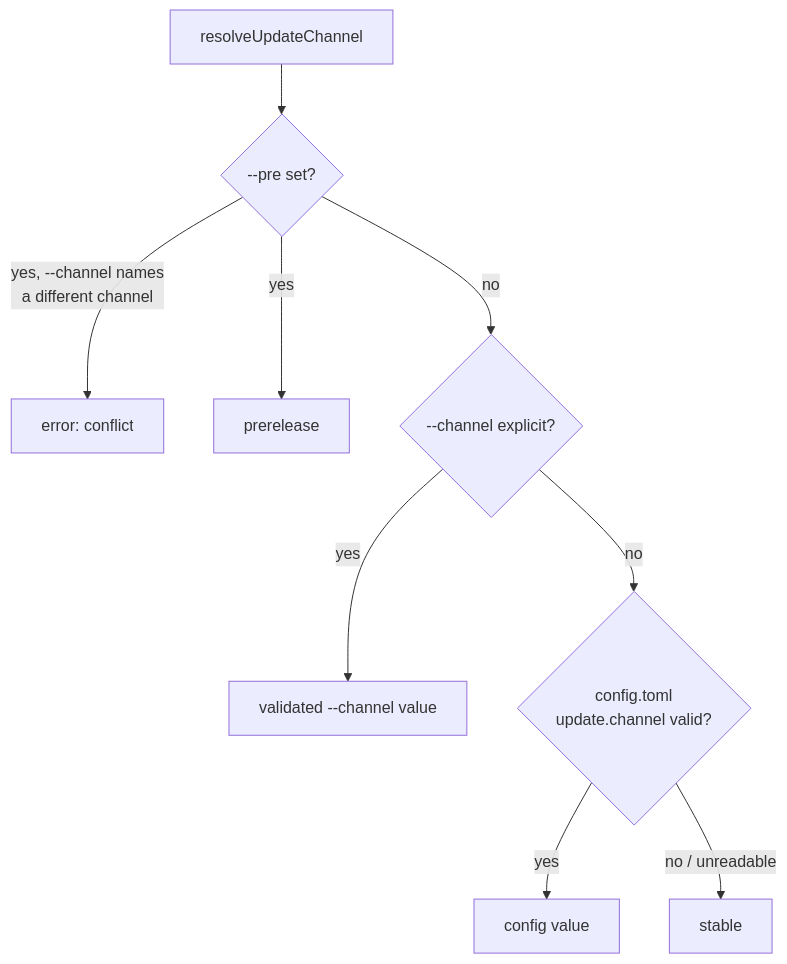
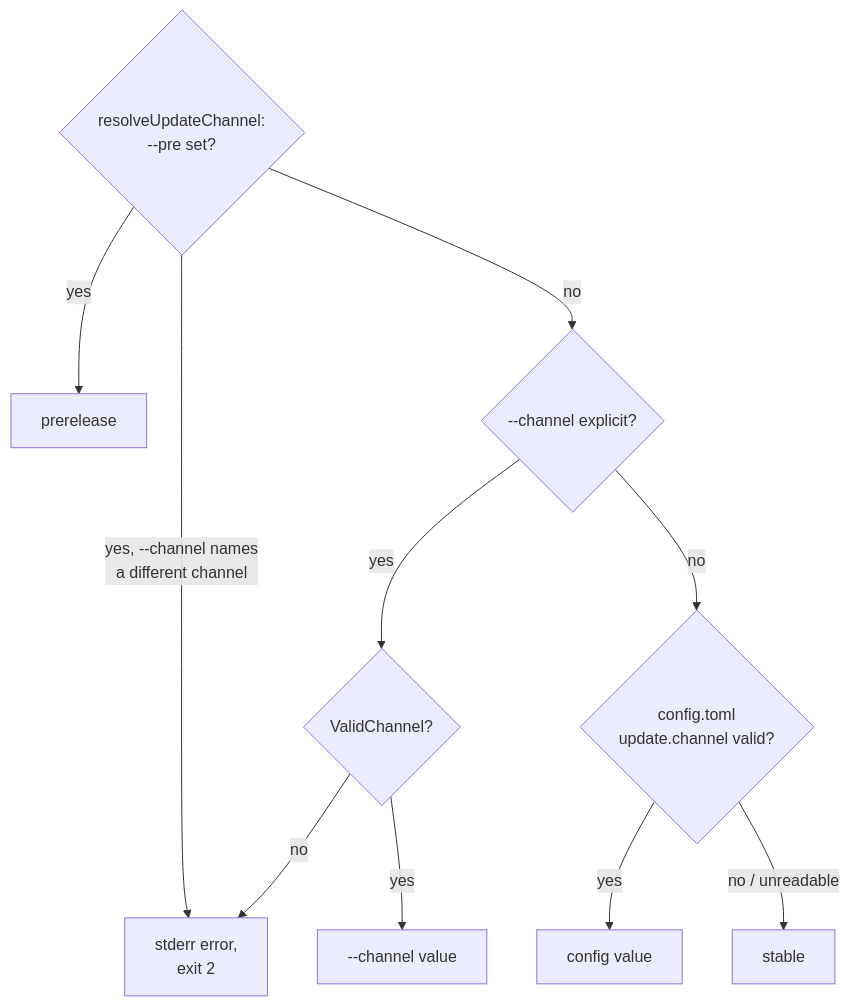
One commit to damusix/atomic-claude changed the sixth of 14 diagrams in docs/wiki/config.md. Above: the diagram before and after it, drawn with Mermaid. The commit also changed other lines of this file and 19 other files, not shown here.

````diff
--- a/docs/wiki/config.md
+++ b/docs/wiki/config.md
@@ -167,11 +187,13 @@
 ```mermaid
 flowchart TD
-    R["resolveUpdateChannel"] --> P{"--pre set?"}
-    P -->|"yes, --channel names<br/>a different channel"| ERR["error: conflict"]
+    %% source: atomic/cmd/atomic/cmd_update.go (resolveUpdateChannel, runUpdate)
+    P{"resolveUpdateChannel:<br/>--pre set?"} -->|"yes, --channel names<br/>a different channel"| X["stderr error,<br/>exit 2"]
     P -->|"yes"| PRE["prerelease"]
     P -->|no| C{"--channel explicit?"}
-    C -->|yes| CV["validated --channel value"]
+    C -->|yes| CV{"ValidChannel?"}
+    CV -->|no| X
+    CV -->|yes| CVV["--channel value"]
     C -->|no| CFG{"config.toml<br/>update.channel valid?"}
     CFG -->|yes| CFGV["config value"]
     CFG -->|"no / unreadable"| ST["stable"]
 ```
````
